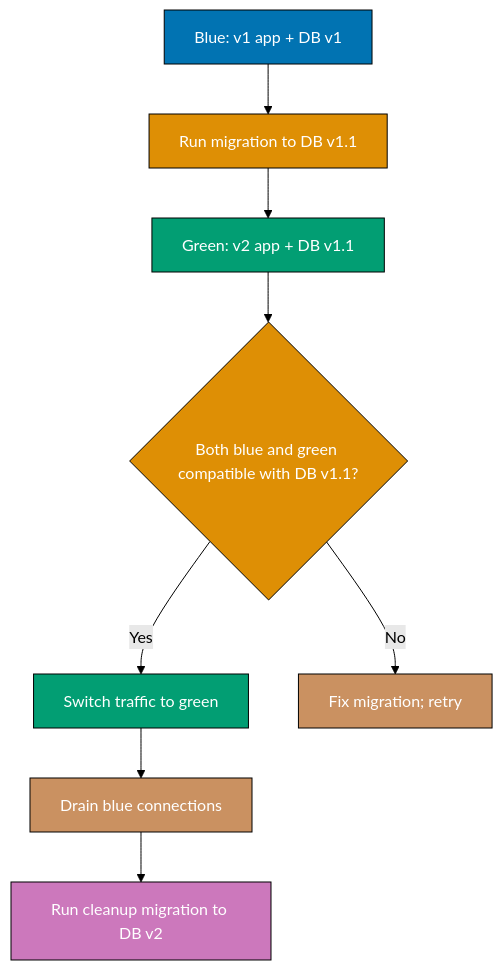
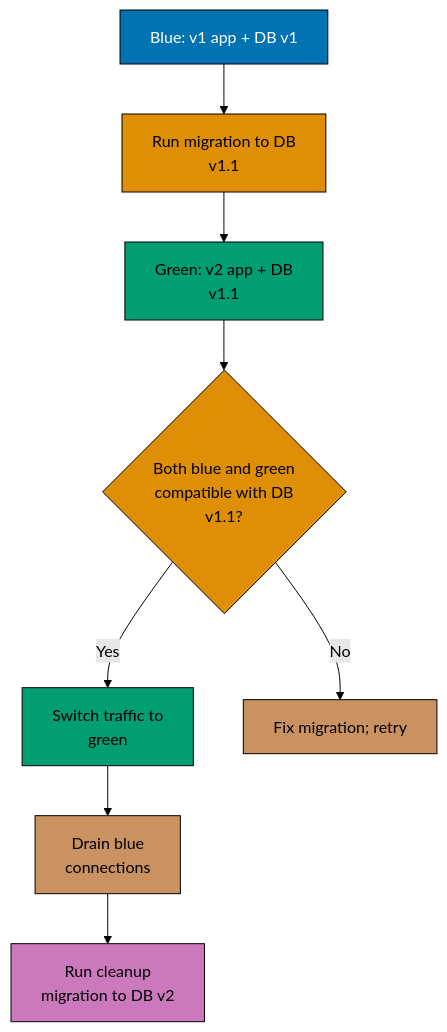
Before and after one commit to wahidyankf/ose-public: the sixth of 8 diagrams in apps/ayokoding-www/content/en/learn/legacy/software-engineering/data/tools/java-liquibase/by-example/advanced.md, drawn with Mermaid (forest theme). The commit also changed other lines of this file and 131 other files, not shown here.

First line of the commit message:
fix(mermaid): bring the legacy data, infrastructure, and testing diagrams onto the accessible palette

````diff
--- a/apps/ayokoding-www/content/en/learn/legacy/software-engineering/data/tools/java-liquibase/by-example/advanced.md
+++ b/apps/ayokoding-www/content/en/learn/legacy/software-engineering/data/tools/java-liquibase/by-example/advanced.md
@@ -801,20 +838,28 @@
 ```mermaid
 %% Color Palette: Blue #0173B2, Orange #DE8F05, Teal #029E73, Purple #CC78BC, Brown #CA9161
 graph TD
-    A[Blue: v1 app + DB v1] --> B[Run migration to DB v1.1]
-    B --> C[Green: v2 app + DB v1.1]
-    C --> D{Both blue and green compatible with DB v1.1?}
-    D -->|Yes| E[Switch traffic to green]
+    accTitle: Example 72: Blue-Green Deployment Migrations
+    accDescr: Graph with 8 nodes and 7 connections. Nodes: Blue: v1 app + DB v1, Run migration to DB v1.1, Green: v2 app + DB v1.1, Both blue and green compatible with DB v1.1?, Switch traffic to green, Fix migration retry, Drain blue connections, Run cleanup migration to DB v2. Connections: Blue: v1 app + DB v1 to Run migration to DB v1.1, Run migration to DB v1.1 to Green: v2 app + DB v1.1, Green: v2 app + DB v1.1 to Both blue and green compatible with DB v1.1?, Both blue and green compatible with DB v1.1? to Switch traffic to green (Yes), Both blue and green compatible with DB v1.1? to Fix migration retry (No), Switch traffic to green to Drain blue connections, Drain blue connections to Run cleanup migration to DB v2.
+    A[Blue: v1 app + DB v1] --> B[Run migration to DB<br/>v1.1]
+    B --> C[Green: v2 app + DB<br/>v1.1]
+    C --> D{Both blue and green<br/>compatible with DB<br/>v1.1?}
+    D -->|Yes| E[Switch traffic to<br/>green]
     D -->|No| F[Fix migration; retry]
-    E --> G[Drain blue connections]
-    G --> H[Run cleanup migration to DB v2]
+    E --> G[Drain blue<br/>connections]
+    G --> H[Run cleanup<br/>migration to DB v2]
 
-    style A fill:#0173B2,stroke:#000,color:#fff
-    style B fill:#DE8F05,stroke:#000,color:#fff
-    style C fill:#029E73,stroke:#000,color:#fff
-    style D fill:#DE8F05,stroke:#000,color:#fff
-    style E fill:#029E73,stroke:#000,color:#fff
-    style F fill:#CA9161,stroke:#000,color:#fff
-    style G fill:#CA9161,stroke:#000,color:#fff
-    style H fill:#CC78BC,stroke:#000,color:#fff
+    classDef pal-0173B2 fill:#0173B2,stroke:#000000,color:#FFFFFF
+    class A pal-0173B2
+    classDef pal-DE8F05 fill:#DE8F05,stroke:#000000,color:#000000
+    class B pal-DE8F05
+    classDef pal-029E73 fill:#029E73,stroke:#000000,color:#000000
+    class C pal-029E73
+    class D pal-DE8F05
+    class E pal-029E73
+    classDef pal-CA9161 fill:#CA9161,stroke:#000000,color:#000000
+    class F pal-CA9161
+    class G pal-CA9161
+    classDef pal-CC78BC fill:#CC78BC,stroke:#000000,color:#000000
+    class H pal-CC78BC
+    classDef default fill:#FFFFFF,stroke:#000000,color:#000000
 ```
````
